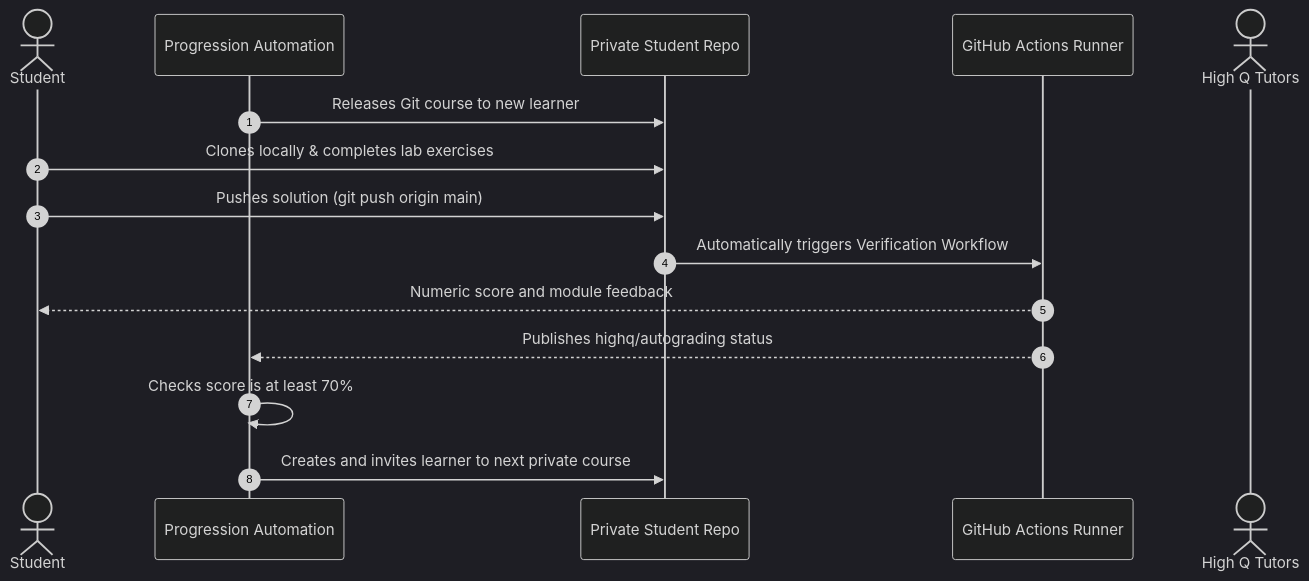
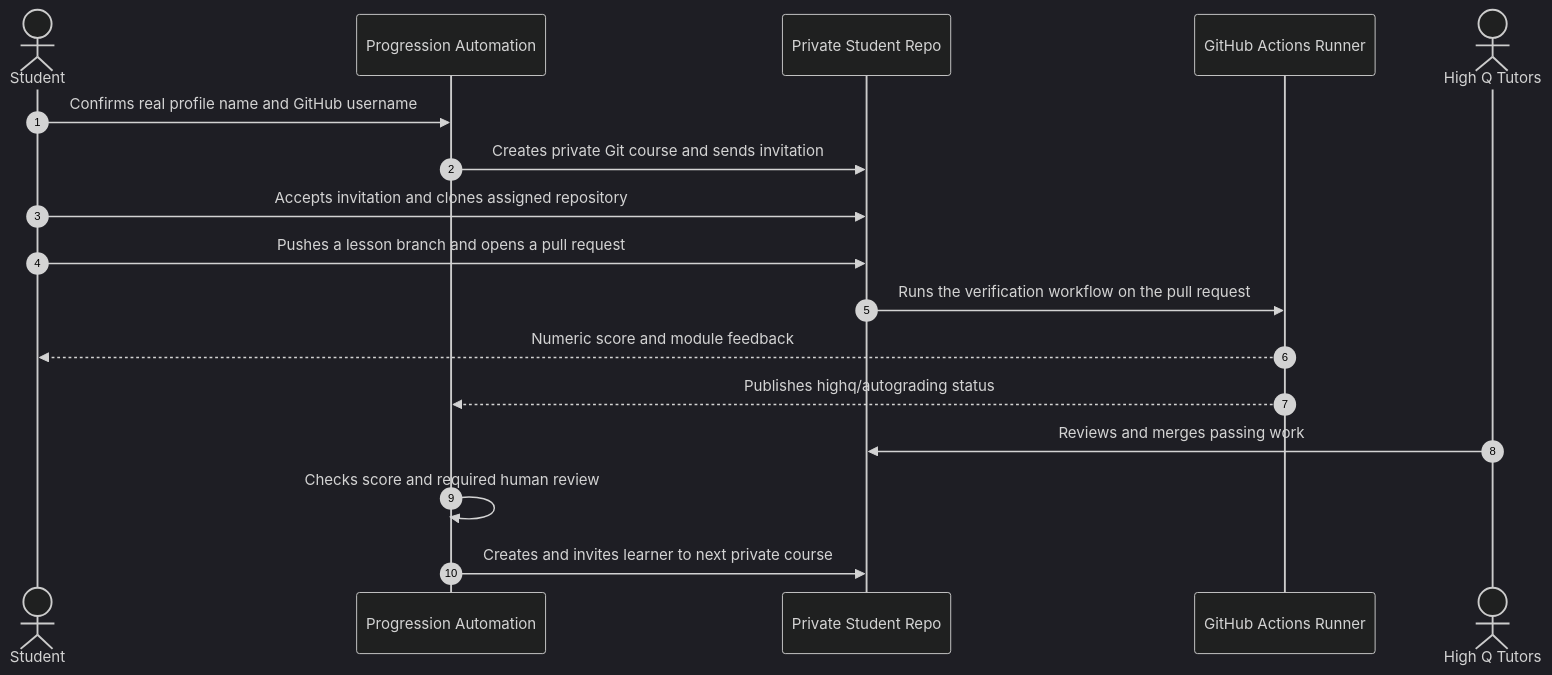
One commit to High-Q-Solid-Academy/.github changed the second of 2 diagrams in profile/README.md. Above: the diagram before and after it, drawn with Mermaid (dark theme). The commit also changed other lines of this file, not shown here.

Commit message:
Clarify learner enrollment and pull request flow

````diff
--- a/profile/README.md
+++ b/profile/README.md
@@ -92,18 +92,20 @@
 ```mermaid
 sequenceDiagram
     autonumber
     actor Student as Student
     participant Unlock as Progression Automation
     participant Personal as Private Student Repo
     participant Actions as GitHub Actions Runner
     actor Tutor as High Q Tutors
 
-    Unlock->>Personal: Releases Git course to new learner
-    Student->>Personal: Clones locally & completes lab exercises
-    Student->>Personal: Pushes solution (git push origin main)
-    Personal->>Actions: Automatically triggers Verification Workflow
+    Student->>Unlock: Confirms real profile name and GitHub username
+    Unlock->>Personal: Creates private Git course and sends invitation
+    Student->>Personal: Accepts invitation and clones assigned repository
+    Student->>Personal: Pushes a lesson branch and opens a pull request
+    Personal->>Actions: Runs the verification workflow on the pull request
     Actions-->>Student: Numeric score and module feedback
     Actions-->>Unlock: Publishes highq/autograding status
-    Unlock->>Unlock: Checks score is at least 70%
+    Tutor->>Personal: Reviews and merges passing work
+    Unlock->>Unlock: Checks score and required human review
     Unlock->>Personal: Creates and invites learner to next private course
 ```
````
